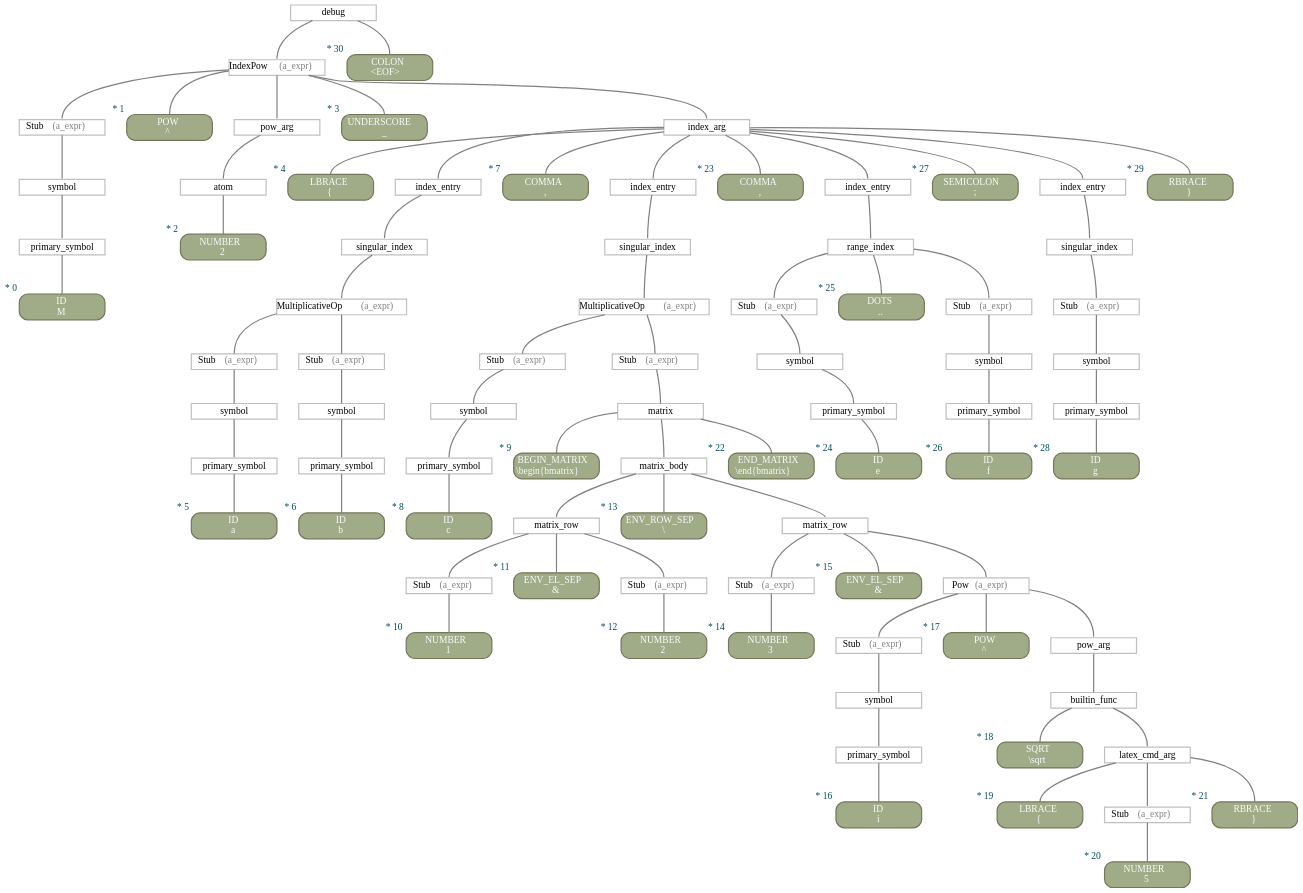
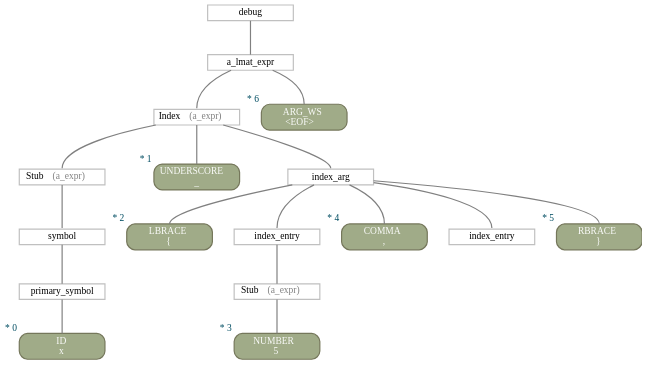
The diagram in lmat-cas-client/out.dot (zarstensen/obsidian-latex-math), drawn with Graphviz before and after one commit. The commit also changed 15 other files, not shown here.

```diff
--- a/lmat-cas-client/out.dot
+++ b/lmat-cas-client/out.dot
@@ -1,183 +1,51 @@
 digraph "Parse Tree" {
 rankdir=TB;
 splines=true;
 nodesep=0.45;
 ranksep=0.7;
 pad=0.0;
 ordering=out;
 subgraph {
 node [shape=box, margin="0,0.05", height=0, width=1.75, style=filled, fillcolor="#FFFFFF", color="#C0C0C0", penwidth=1.75];
 1 [label="primary_symbol"];
 2 [label=symbol];
 3 [label=<Stub <font color="#808080"> (a_expr) </font>>];
-6 [label=atom];
-7 [label="pow_arg"];
-11 [label="primary_symbol"];
-12 [label=symbol];
-13 [label=<Stub <font color="#808080"> (a_expr) </font>>];
-15 [label="primary_symbol"];
-16 [label=symbol];
-17 [label=<Stub <font color="#808080"> (a_expr) </font>>];
-18 [label=<MultiplicativeOp <font color="#808080"> (a_expr) </font>>];
-19 [label="singular_index"];
-20 [label="index_entry"];
-23 [label="primary_symbol"];
-24 [label=symbol];
-25 [label=<Stub <font color="#808080"> (a_expr) </font>>];
-28 [label=<Stub <font color="#808080"> (a_expr) </font>>];
-31 [label=<Stub <font color="#808080"> (a_expr) </font>>];
-32 [label="matrix_row"];
-35 [label=<Stub <font color="#808080"> (a_expr) </font>>];
-38 [label="primary_symbol"];
-39 [label=symbol];
-40 [label=<Stub <font color="#808080"> (a_expr) </font>>];
-45 [label=<Stub <font color="#808080"> (a_expr) </font>>];
-47 [label="latex_cmd_arg"];
-48 [label="builtin_func"];
-49 [label="pow_arg"];
-50 [label=<Pow <font color="#808080"> (a_expr) </font>>];
-51 [label="matrix_row"];
-52 [label="matrix_body"];
-54 [label=matrix];
-55 [label=<Stub <font color="#808080"> (a_expr) </font>>];
-56 [label=<MultiplicativeOp <font color="#808080"> (a_expr) </font>>];
-57 [label="singular_index"];
-58 [label="index_entry"];
-61 [label="primary_symbol"];
-62 [label=symbol];
-63 [label=<Stub <font color="#808080"> (a_expr) </font>>];
-66 [label="primary_symbol"];
-67 [label=symbol];
-68 [label=<Stub <font color="#808080"> (a_expr) </font>>];
-69 [label="range_index"];
-70 [label="index_entry"];
-73 [label="primary_symbol"];
-74 [label=symbol];
-75 [label=<Stub <font color="#808080"> (a_expr) </font>>];
-76 [label="singular_index"];
-77 [label="index_entry"];
-79 [label="index_arg"];
-80 [label=<IndexPow <font color="#808080"> (a_expr) </font>>];
-82 [label=debug];
+7 [label=<Stub <font color="#808080"> (a_expr) </font>>];
+8 [label="index_entry"];
+10 [label="index_entry"];
+12 [label="index_arg"];
+13 [label=<Index <font color="#808080"> (a_expr) </font>>];
+15 [label="a_lmat_expr"];
+16 [label=debug];
 }
 subgraph {
 node [shape=box, margin="0,0.05", height=0, width=1.75, style="filled,rounded", fillcolor="#A0AB88", color="#75775B", penwidth=1.75, fontcolor="#FAFBF9"];
-0 [label=<ID<br/><font fontname="monospace">M</font>>, xlabel=<<font color="#004D62">* 0</font>>];
-4 [label=<POW<br/><font fontname="monospace">^</font>>, xlabel=<<font color="#004D62">* 1</font>>];
-5 [label=<NUMBER<br/><font fontname="monospace">2</font>>, xlabel=<<font color="#004D62">* 2</font>>];
-8 [label=<UNDERSCORE<br/><font fontname="monospace">_</font>>, xlabel=<<font color="#004D62">* 3</font>>];
-9 [label=<LBRACE<br/><font fontname="monospace">{</font>>, xlabel=<<font color="#004D62">* 4</font>>];
-10 [label=<ID<br/><font fontname="monospace">a</font>>, xlabel=<<font color="#004D62">* 5</font>>];
-14 [label=<ID<br/><font fontname="monospace">b</font>>, xlabel=<<font color="#004D62">* 6</font>>];
-21 [label=<COMMA<br/><font fontname="monospace">,</font>>, xlabel=<<font color="#004D62">* 7</font>>];
-22 [label=<ID<br/><font fontname="monospace">c</font>>, xlabel=<<font color="#004D62">* 8</font>>];
-26 [label=<BEGIN_MATRIX<br/><font fontname="monospace">\begin{bmatrix}</font>>, xlabel=<<font color="#004D62">* 9</font>>];
-27 [label=<NUMBER<br/><font fontname="monospace">1</font>>, xlabel=<<font color="#004D62">* 10</font>>];
-29 [label=<ENV_EL_SEP<br/><font fontname="monospace">&amp;</font>>, xlabel=<<font color="#004D62">* 11</font>>];
-30 [label=<NUMBER<br/><font fontname="monospace">2</font>>, xlabel=<<font color="#004D62">* 12</font>>];
-33 [label=<ENV_ROW_SEP<br/><font fontname="monospace">\\</font>>, xlabel=<<font color="#004D62">* 13</font>>];
-34 [label=<NUMBER<br/><font fontname="monospace">3</font>>, xlabel=<<font color="#004D62">* 14</font>>];
-36 [label=<ENV_EL_SEP<br/><font fontname="monospace">&amp;</font>>, xlabel=<<font color="#004D62">* 15</font>>];
-37 [label=<ID<br/><font fontname="monospace">i</font>>, xlabel=<<font color="#004D62">* 16</font>>];
-41 [label=<POW<br/><font fontname="monospace">^</font>>, xlabel=<<font color="#004D62">* 17</font>>];
-42 [label=<SQRT<br/><font fontname="monospace">\sqrt</font>>, xlabel=<<font color="#004D62">* 18</font>>];
-43 [label=<LBRACE<br/><font fontname="monospace">{</font>>, xlabel=<<font color="#004D62">* 19</font>>];
-44 [label=<NUMBER<br/><font fontname="monospace">5</font>>, xlabel=<<font color="#004D62">* 20</font>>];
-46 [label=<RBRACE<br/><font fontname="monospace">}</font>>, xlabel=<<font color="#004D62">* 21</font>>];
-53 [label=<END_MATRIX<br/><font fontname="monospace">\end{bmatrix}</font>>, xlabel=<<font color="#004D62">* 22</font>>];
-59 [label=<COMMA<br/><font fontname="monospace">,</font>>, xlabel=<<font color="#004D62">* 23</font>>];
-60 [label=<ID<br/><font fontname="monospace">e</font>>, xlabel=<<font color="#004D62">* 24</font>>];
-64 [label=<DOTS<br/><font fontname="monospace">..</font>>, xlabel=<<font color="#004D62">* 25</font>>];
-65 [label=<ID<br/><font fontname="monospace">f</font>>, xlabel=<<font color="#004D62">* 26</font>>];
-71 [label=<SEMICOLON<br/><font fontname="monospace">;</font>>, xlabel=<<font color="#004D62">* 27</font>>];
-72 [label=<ID<br/><font fontname="monospace">g</font>>, xlabel=<<font color="#004D62">* 28</font>>];
-78 [label=<RBRACE<br/><font fontname="monospace">}</font>>, xlabel=<<font color="#004D62">* 29</font>>];
-81 [label=<COLON<br/><font fontname="monospace">&lt;EOF&gt;</font>>, xlabel=<<font color="#004D62">* 30</font>>];
+0 [label=<ID<br/><font fontname="monospace">x</font>>, xlabel=<<font color="#004D62">* 0</font>>];
+4 [label=<UNDERSCORE<br/><font fontname="monospace">_</font>>, xlabel=<<font color="#004D62">* 1</font>>];
+5 [label=<LBRACE<br/><font fontname="monospace">{</font>>, xlabel=<<font color="#004D62">* 2</font>>];
+6 [label=<NUMBER<br/><font fontname="monospace">5</font>>, xlabel=<<font color="#004D62">* 3</font>>];
+9 [label=<COMMA<br/><font fontname="monospace">,</font>>, xlabel=<<font color="#004D62">* 4</font>>];
+11 [label=<RBRACE<br/><font fontname="monospace">}</font>>, xlabel=<<font color="#004D62">* 5</font>>];
+14 [label=<ARG_WS<br/><font fontname="monospace">&lt;EOF&gt;</font>>, xlabel=<<font color="#004D62">* 6</font>>];
 }
 subgraph {
 node [shape=box, margin="0,0.05", height=0, width=1.75, style="filled,rounded", fillcolor="#DD8F7D", color="#BC6A7A", penwidth=1.75, fontcolor="#FAFBF9"];
 }
 edge [arrowhead=none, headport=n, color="#808080", penwidth=1.75];
 1 -> 0;
 2 -> 1;
 3 -> 2;
-6 -> 5;
 7 -> 6;
-11 -> 10;
+8 -> 7;
+12 -> 5;
+12 -> 8;
+12 -> 9;
+12 -> 10;
 12 -> 11;
+13 -> 3;
+13 -> 4;
 13 -> 12;
+15 -> 13;
 15 -> 14;
 16 -> 15;
-17 -> 16;
-18 -> 13;
-18 -> 17;
-19 -> 18;
-20 -> 19;
-23 -> 22;
-24 -> 23;
-25 -> 24;
-28 -> 27;
-31 -> 30;
-32 -> 28;
-32 -> 29;
-32 -> 31;
-35 -> 34;
-38 -> 37;
-39 -> 38;
-40 -> 39;
-45 -> 44;
-47 -> 43;
-47 -> 45;
-47 -> 46;
-48 -> 42;
-48 -> 47;
-49 -> 48;
-50 -> 40;
-50 -> 41;
-50 -> 49;
-51 -> 35;
-51 -> 36;
-51 -> 50;
-52 -> 32;
-52 -> 33;
-52 -> 51;
-54 -> 26;
-54 -> 52;
-54 -> 53;
-55 -> 54;
-56 -> 25;
-56 -> 55;
-57 -> 56;
-58 -> 57;
-61 -> 60;
-62 -> 61;
-63 -> 62;
-66 -> 65;
-67 -> 66;
-68 -> 67;
-69 -> 63;
-69 -> 64;
-69 -> 68;
-70 -> 69;
-73 -> 72;
-74 -> 73;
-75 -> 74;
-76 -> 75;
-77 -> 76;
-79 -> 9;
-79 -> 20;
-79 -> 21;
-79 -> 58;
-79 -> 59;
-79 -> 70;
-79 -> 71;
-79 -> 77;
-79 -> 78;
-80 -> 3;
-80 -> 4;
-80 -> 7;
-80 -> 8;
-80 -> 79;
-82 -> 80;
-82 -> 81;
 }
```
